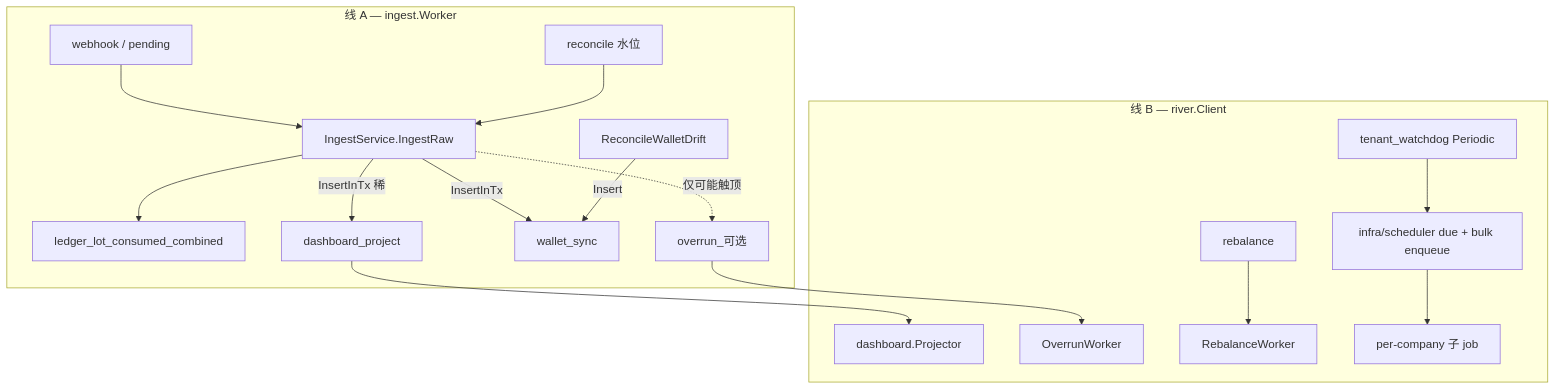
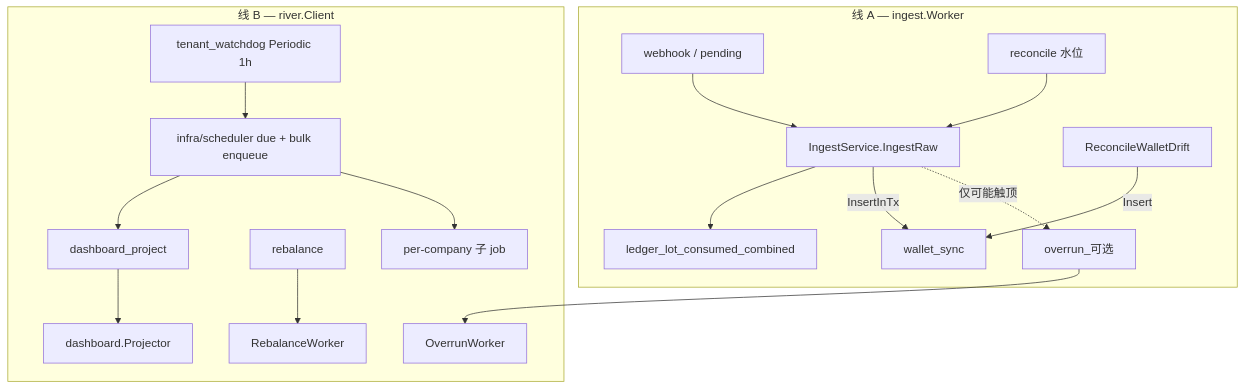
One commit to quyip8818/mytokenjoy changed the diagram in docs/Backend-离线任务.md. Above: the diagram before and after it, drawn with Mermaid. The commit also changed other lines of this file and 17 other files, not shown here.

````diff
--- a/docs/Backend-离线任务.md
+++ b/docs/Backend-离线任务.md
@@ -28,20 +28,20 @@
 ```mermaid
 flowchart TB
   subgraph lineA [线 A — ingest.Worker]
     WH[webhook / pending] --> ING[IngestService.IngestRaw]
     REC[reconcile 水位] --> ING
     ING --> LEDGER[ledger_lot_consumed_combined]
-    ING -->|InsertInTx 稀| DP[dashboard_project]
     ING -->|InsertInTx| WSjob[wallet_sync]
     ING -.->|仅可能触顶| OV[overrun_可选]
     DRIFT[ReconcileWalletDrift] -->|Insert| WSjob
   end
 
   subgraph lineB [线 B — river.Client]
+    WD[tenant_watchdog Periodic 1h] --> SCHED[infra/scheduler due + bulk enqueue]
+    SCHED --> DP[dashboard_project]
     DP --> DPW[dashboard.Projector]
     OV --> OVW[OverrunWorker]
     RB[rebalance] --> RBW[RebalanceWorker]
-    WD[tenant_watchdog Periodic] --> SCHED[infra/scheduler due + bulk enqueue]
     SCHED --> TENANT[per-company 子 job]
   end
 ```
````
